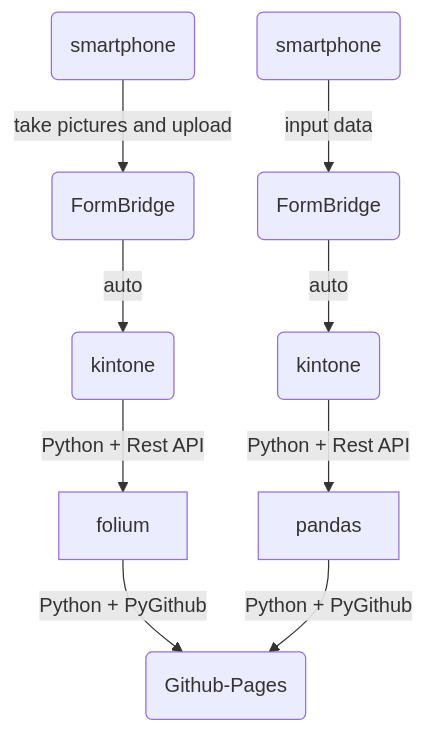
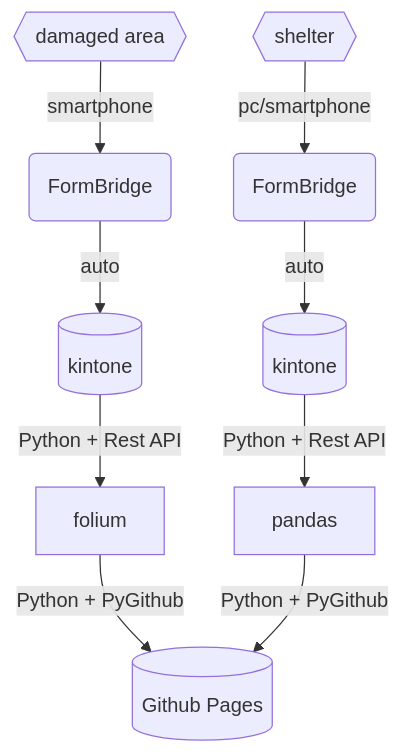
Before and after one commit to yujiuchi/disaster-map: the diagram in README.md, drawn with Mermaid.

````diff
--- a/README.md
+++ b/README.md
@@ -32,13 +32,14 @@
 ```mermaid
 
 flowchart TD
-sm1(smartphone)-->|take pictures and upload|fv1
-fv1(FormBridge)-->|auto|kin1(kintone)
+damaged{{damaged area}}-->|smartphone|fv1
+fv1(FormBridge)-->|auto|kin1[(kintone)]
 kin1-->|Python + Rest API|folium
-folium-->|Python + PyGithub|git(Github-Pages)
-sm2(smartphone)-->|input data|fv2
-fv2(FormBridge)-->|auto|kin2(kintone)
+folium-->|Python + PyGithub|git[(Github Pages)]
+
+shelter{{shelter}}-->|pc/smartphone|fv2
+fv2(FormBridge)-->|auto|kin2[(kintone)]
 kin2-->|Python + Rest API|pandas
 pandas-->|Python + PyGithub|git
 
 ```
````
